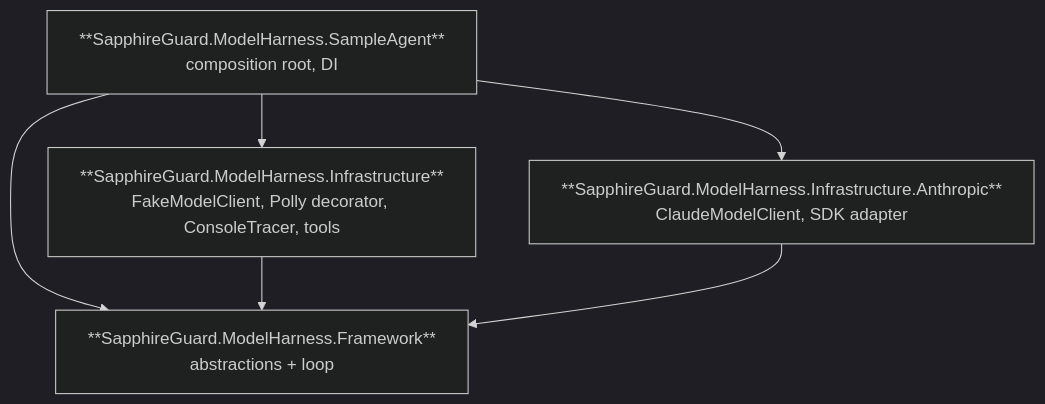
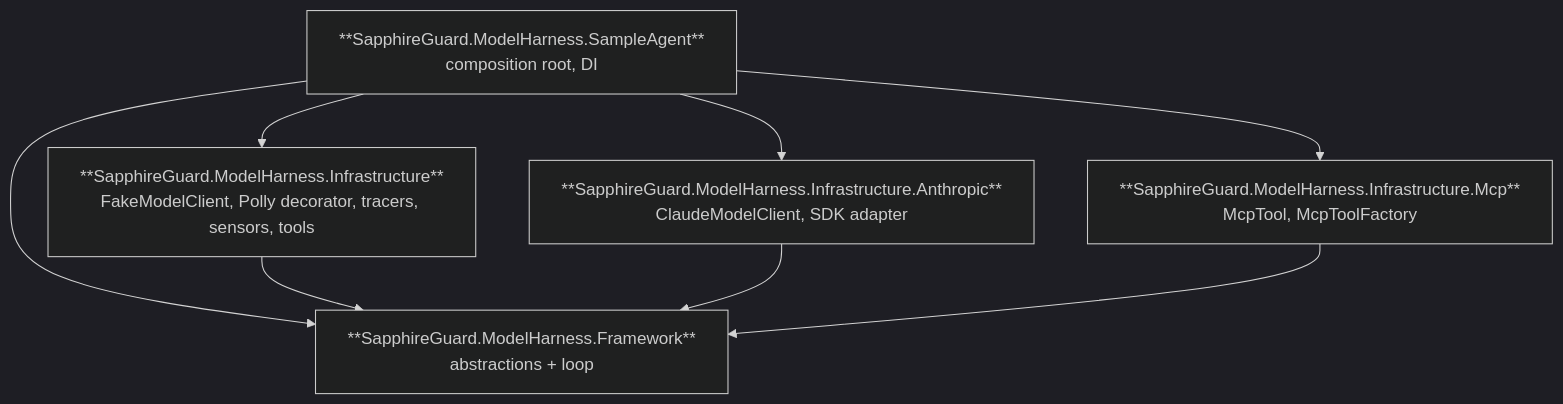
One commit to AnilKerai/model-harness changed the first of 4 diagrams in README.md. Above: the diagram before and after it, drawn with Mermaid (dark theme). The commit also changed other lines of this file and 1 other file, not shown here.

````diff
--- a/README.md
+++ b/README.md
@@ -41,13 +41,16 @@
 ```mermaid
 flowchart TD
     SA["**SapphireGuard.ModelHarness.SampleAgent**\ncomposition root, DI"]
-    INF["**SapphireGuard.ModelHarness.Infrastructure**\nFakeModelClient, Polly decorator, ConsoleTracer, tools"]
+    INF["**SapphireGuard.ModelHarness.Infrastructure**\nFakeModelClient, Polly decorator, tracers, sensors, tools"]
     ANT["**SapphireGuard.ModelHarness.Infrastructure.Anthropic**\nClaudeModelClient, SDK adapter"]
+    MCP["**SapphireGuard.ModelHarness.Infrastructure.Mcp**\nMcpTool, McpToolFactory"]
     FW["**SapphireGuard.ModelHarness.Framework**\nabstractions + loop"]
 
     SA --> INF
     SA --> ANT
+    SA --> MCP
     SA --> FW
     INF --> FW
     ANT --> FW
+    MCP --> FW
 ```
````
